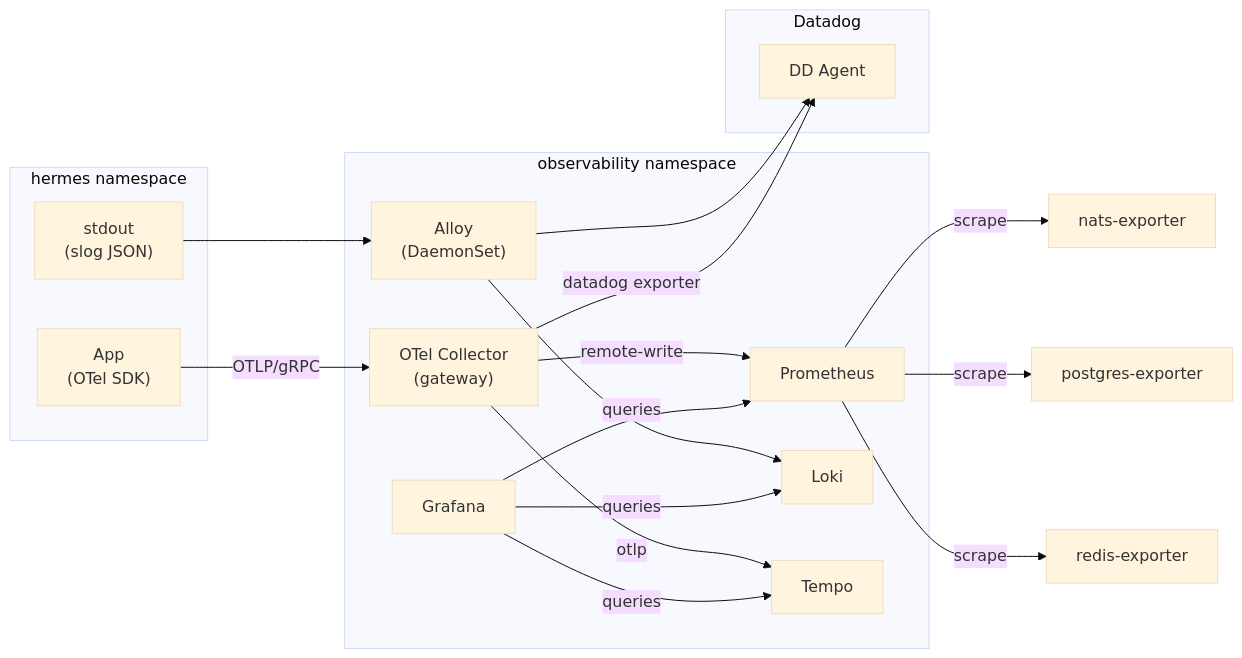
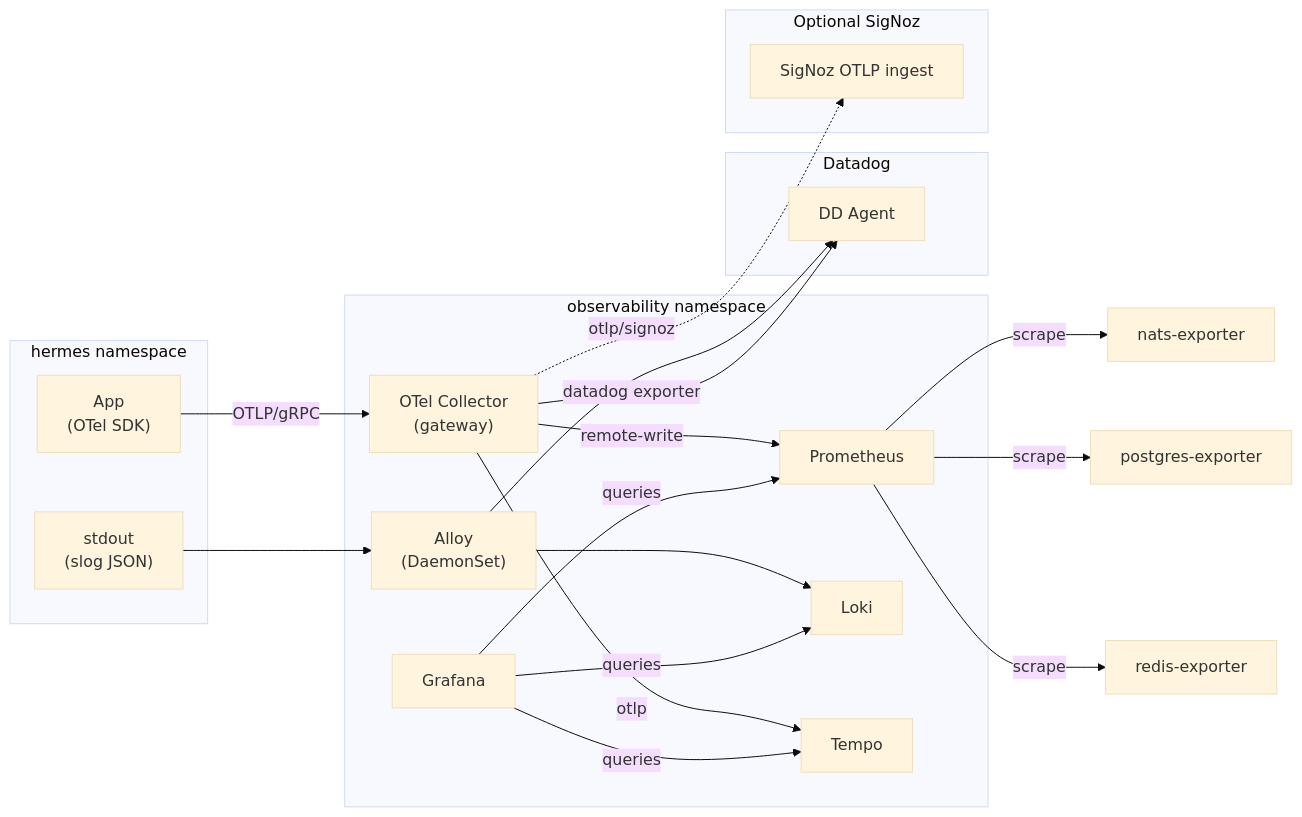
Before and after one commit to HermesNotifications/hermes: the diagram in docs/observability/architecture.md, drawn with Mermaid (base theme). The commit also changed other lines of this file and 36 other files, not shown here.

First line of the commit message:
feat(observability): add optional SigNoz fan-out support

````diff
--- a/docs/observability/architecture.md
+++ b/docs/observability/architecture.md
@@ -20,37 +20,42 @@
 ```mermaid
 flowchart LR
     subgraph hermes[hermes namespace]
         App["App<br/>(OTel SDK)"]
         Stdout["stdout<br/>(slog JSON)"]
     end
 
     subgraph obs[observability namespace]
         OTel["OTel Collector<br/>(gateway)"]
         Alloy["Alloy<br/>(DaemonSet)"]
         Prom[Prometheus]
         Loki[Loki]
         Tempo[Tempo]
         Graf[Grafana]
     end
 
     subgraph dd[Datadog]
         DDAgent[DD Agent]
     end
 
+    subgraph signoz[Optional SigNoz]
+        SigNoz[SigNoz OTLP ingest]
+    end
+
     App -->|OTLP/gRPC| OTel
     Stdout --> Alloy
     Alloy --> Loki
     Alloy --> DDAgent
 
     OTel -->|otlp| Tempo
     OTel -->|remote-write| Prom
     OTel -->|datadog exporter| DDAgent
+    OTel -.->|otlp/signoz| SigNoz
 
     Prom -->|scrape| NATSExp[nats-exporter]
     Prom -->|scrape| PGExp[postgres-exporter]
     Prom -->|scrape| RedisExp[redis-exporter]
 
     Graf -->|queries| Prom
     Graf -->|queries| Loki
     Graf -->|queries| Tempo
 ```
````
